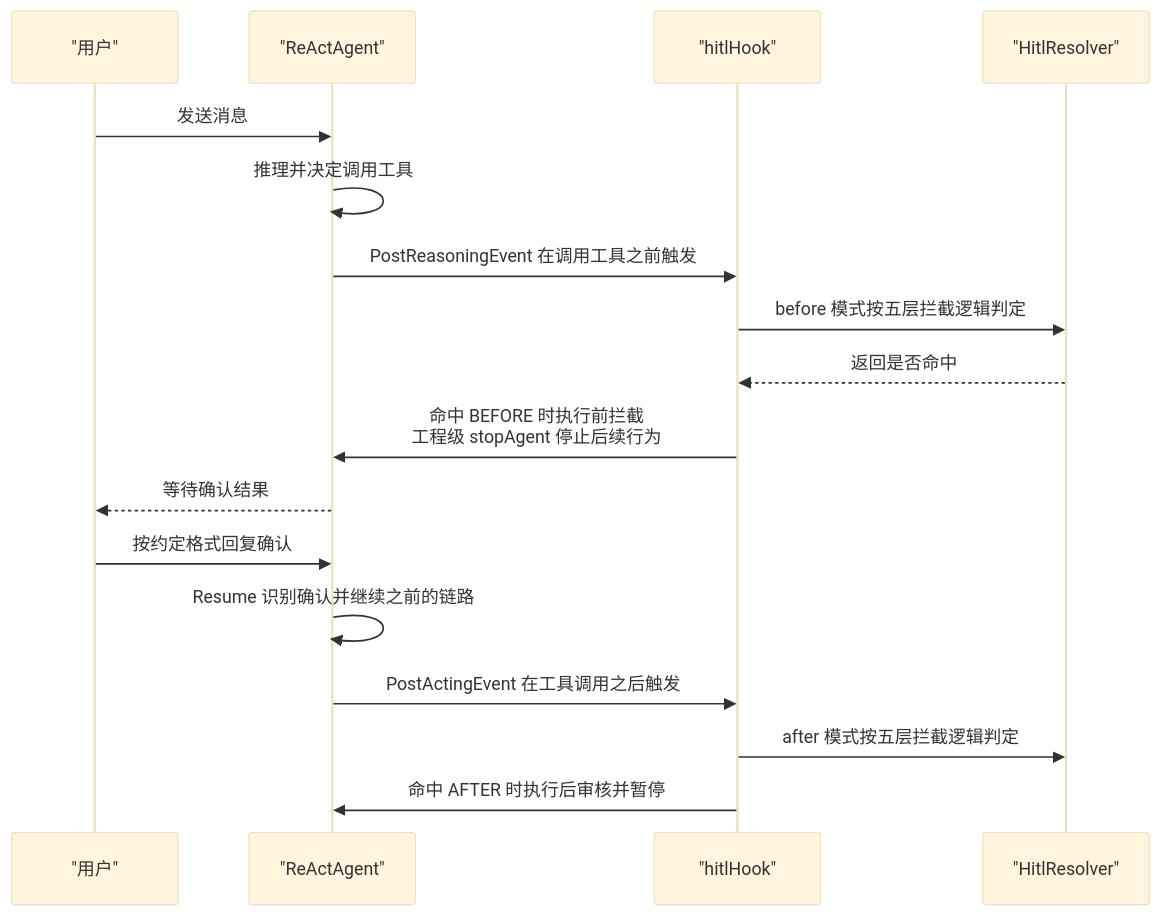
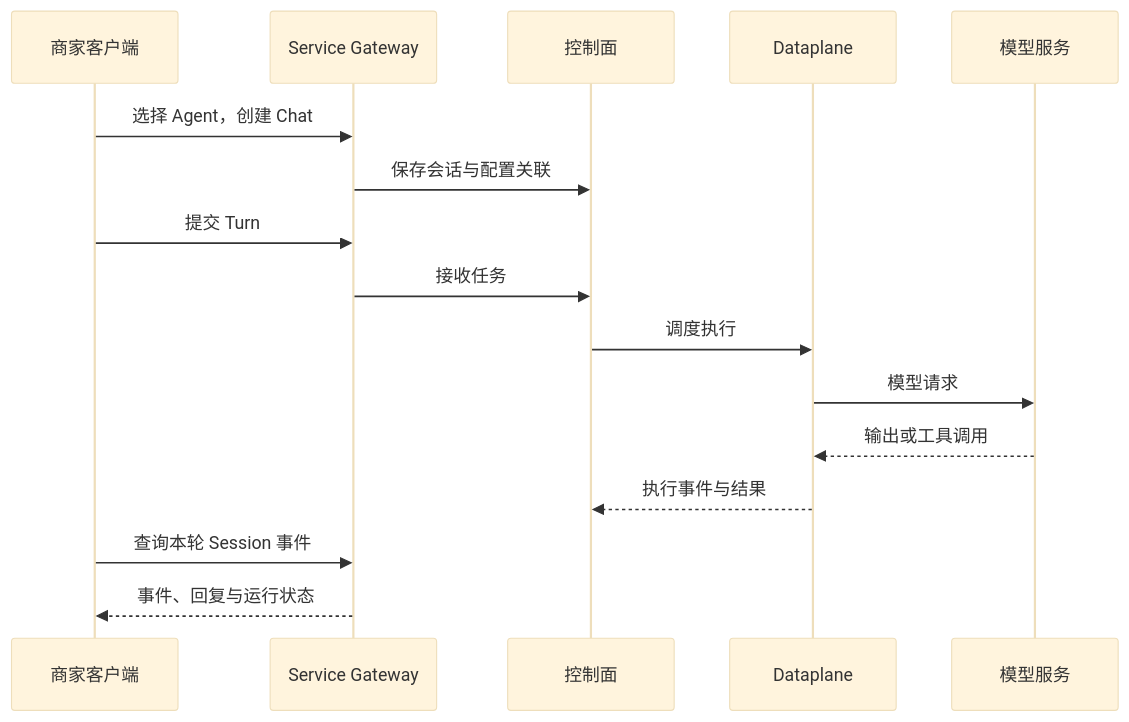
One commit to ybak/agentscope-2.0-tutorial changed the second of 3 diagrams in chapters/43-cases.md. Above: the diagram before and after it, drawn with Mermaid (base theme). The commit also changed other lines of this file and 6 other files, not shown here.

````diff
--- a/chapters/43-cases.md
+++ b/chapters/43-cases.md
@@ -1014,19 +112,18 @@
 ```mermaid
 sequenceDiagram
-    participant U as "用户"
-    participant A as "ReActAgent"
-    participant HK as "hitlHook"
-    participant HR as "HitlResolver"
-    U->>A: 发送消息
-    A->>A: 推理并决定调用工具
-    A->>HK: PostReasoningEvent 在调用工具之前触发
-    HK->>HR: before 模式按五层拦截逻辑判定
-    HR-->>HK: 返回是否命中
-    HK->>A: 命中 BEFORE 时执行前拦截<br/>工程级 stopAgent 停止后续行为
-    A-->>U: 等待确认结果
-    U->>A: 按约定格式回复确认
-    A->>A: Resume 识别确认并继续之前的链路
-    A->>HK: PostActingEvent 在工具调用之后触发
-    HK->>HR: after 模式按五层拦截逻辑判定
-    HK->>A: 命中 AFTER 时执行后审核并暂停
+    participant U as 商家客户端
+    participant G as Service Gateway
+    participant C as 控制面
+    participant D as Dataplane
+    participant M as 模型服务
+    U->>G: 选择 Agent，创建 Chat
+    G->>C: 保存会话与配置关联
+    U->>G: 提交 Turn
+    G->>C: 接收任务
+    C->>D: 调度执行
+    D->>M: 模型请求
+    M-->>D: 输出或工具调用
+    D-->>C: 执行事件与结果
+    U->>G: 查询本轮 Session 事件
+    G-->>U: 事件、回复与运行状态
 ```
````
